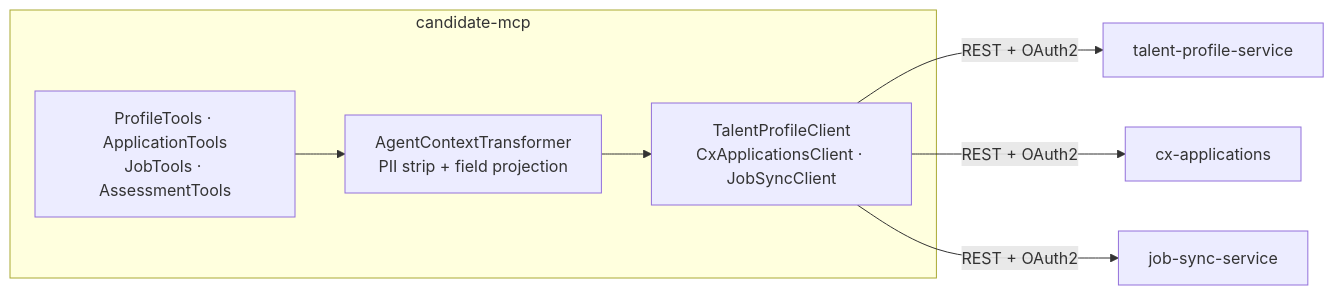
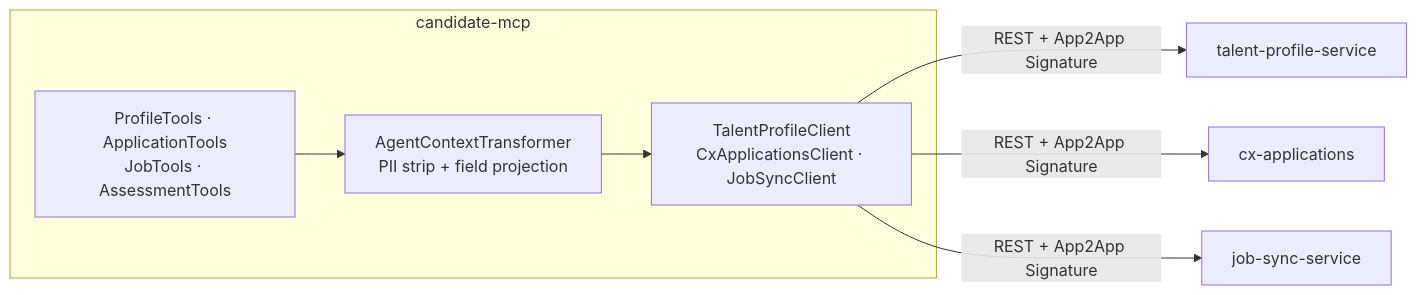
One commit to venkat-raman17/candidate-agent changed the third of 4 diagrams in docs/post-apply-assistant-lld-v2.md. Above: the diagram before and after it, drawn with Mermaid. The commit also changed other lines of this file and 1 other file, not shown here.

````diff
--- a/docs/post-apply-assistant-lld-v2.md
+++ b/docs/post-apply-assistant-lld-v2.md
@@ -60,12 +60,12 @@
 ```mermaid
 flowchart LR
     subgraph "candidate-mcp"
         Tools["ProfileTools · ApplicationTools\nJobTools · AssessmentTools"]
         XFMR["AgentContextTransformer\nPII strip + field projection"]
         Clients["TalentProfileClient\nCxApplicationsClient · JobSyncClient"]
         Tools --> XFMR --> Clients
     end
-    Clients -->|"REST + OAuth2"| TPS["talent-profile-service"]
-    Clients -->|"REST + OAuth2"| CXA["cx-applications"]
-    Clients -->|"REST + OAuth2"| JSS["job-sync-service"]
+    Clients -->|"REST + App2App Signature"| TPS["talent-profile-service"]
+    Clients -->|"REST + App2App Signature"| CXA["cx-applications"]
+    Clients -->|"REST + App2App Signature"| JSS["job-sync-service"]
 ```
````
